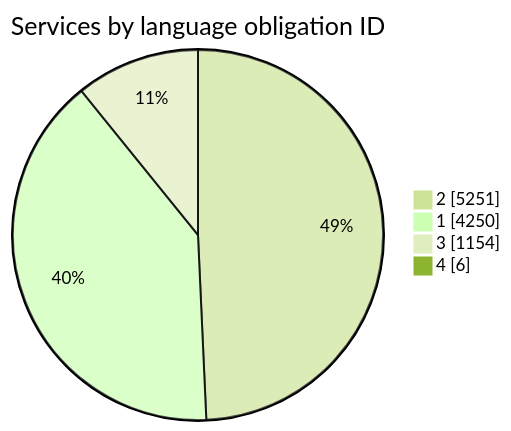
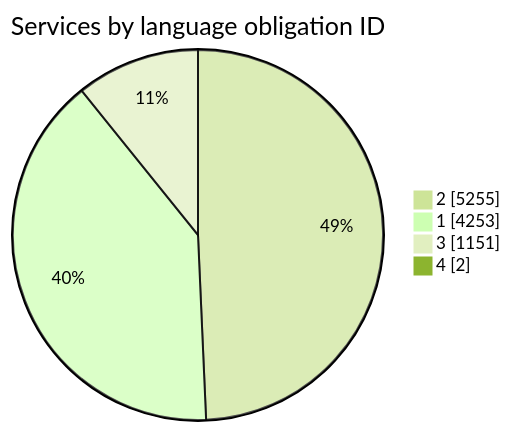
The second of 3 diagrams in burolis/README.md (PatLittle/test), drawn with Mermaid (forest theme) before and after one commit. The commit also changed other lines of this file and 6 other files, not shown here.

````diff
--- a/burolis/README.md
+++ b/burolis/README.md
@@ -89,8 +90,8 @@
 ```mermaid
 pie showData
     title Services by language obligation ID
-    "2" : 5251
-    "1" : 4250
-    "3" : 1154
-    "4" : 6
+    "2" : 5255
+    "1" : 4253
+    "3" : 1151
+    "4" : 2
 ```
````
